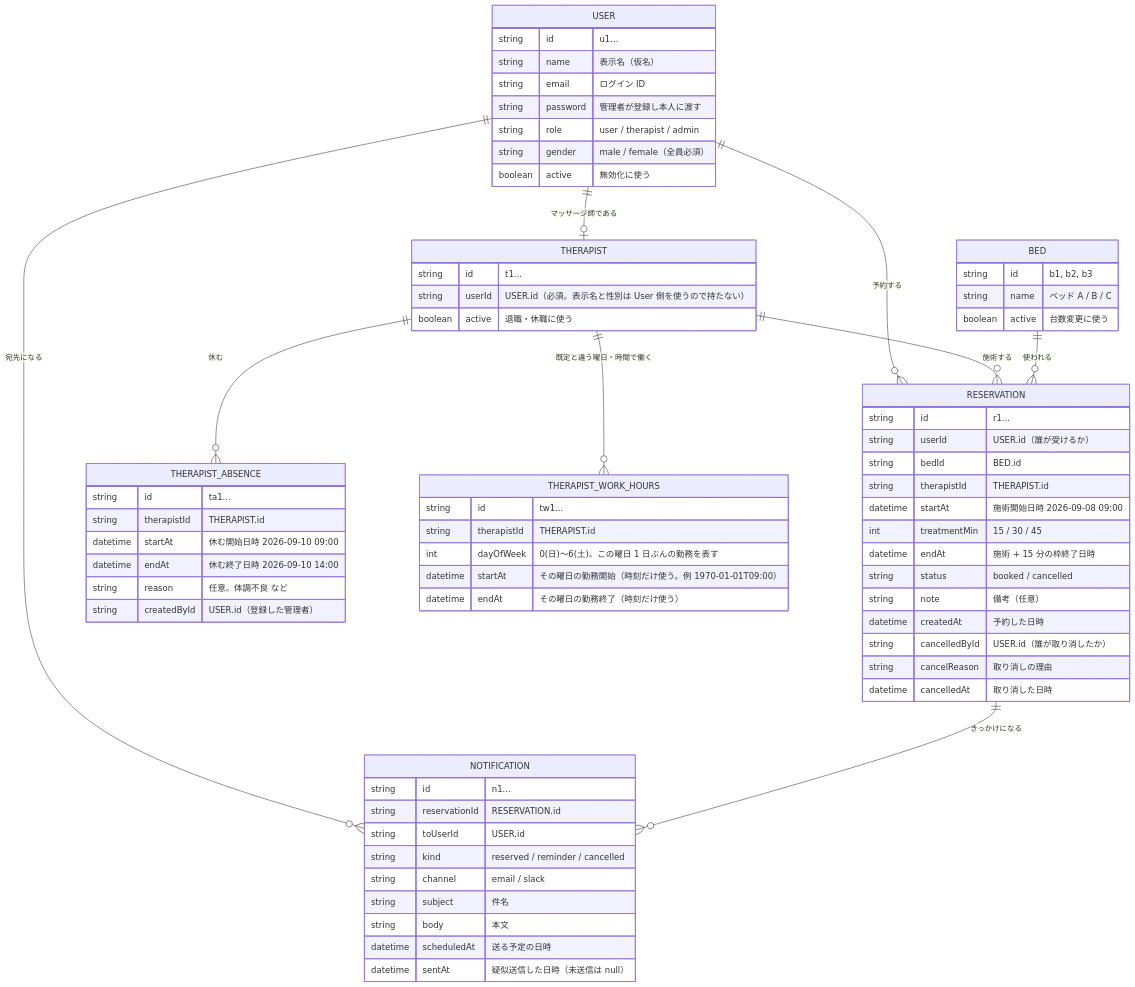
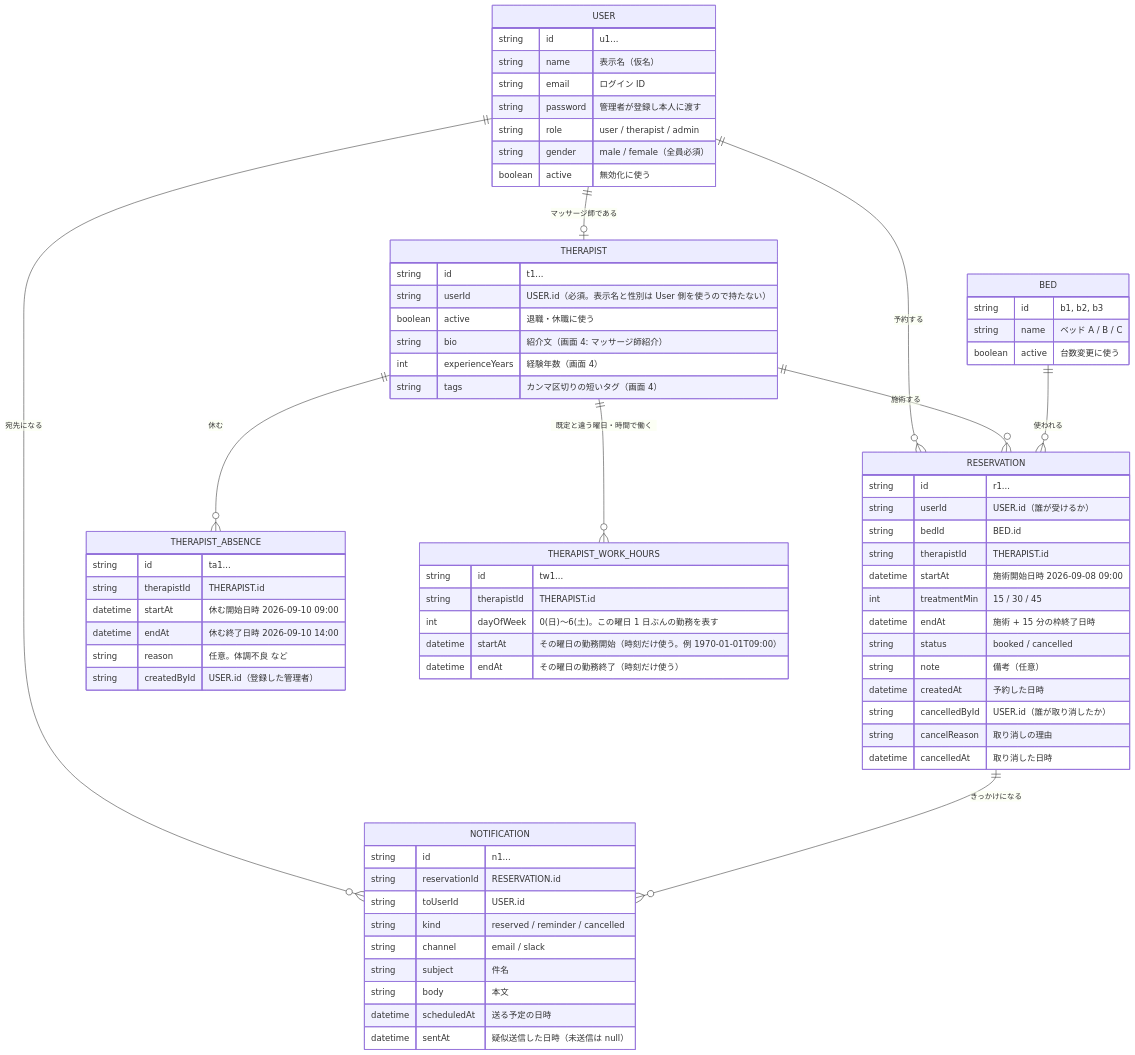
Before and after one commit to e225721B/RefreshHub: the diagram in docs/intern/diagrams/er-v2.mmd, drawn with Mermaid. The commit also changed 19 other files, not shown here.

```diff
--- a/docs/intern/diagrams/er-v2.mmd
+++ b/docs/intern/diagrams/er-v2.mmd
@@ -1,70 +1,73 @@
 erDiagram
   USER ||--o{ RESERVATION : "予約する"
   USER ||--o| THERAPIST : "マッサージ師である"
   USER ||--o{ NOTIFICATION : "宛先になる"
   THERAPIST ||--o{ THERAPIST_ABSENCE : "休む"
   THERAPIST ||--o{ THERAPIST_WORK_HOURS : "既定と違う曜日・時間で働く"
   THERAPIST ||--o{ RESERVATION : "施術する"
   BED ||--o{ RESERVATION : "使われる"
   RESERVATION ||--o{ NOTIFICATION : "きっかけになる"
 
   USER {
     string id "u1..."
     string name "表示名（仮名）"
     string email "ログイン ID"
     string password "管理者が登録し本人に渡す"
     string role "user / therapist / admin"
     string gender "male / female（全員必須）"
     boolean active "無効化に使う"
   }
   THERAPIST {
     string id "t1..."
     string userId "USER.id（必須。表示名と性別は User 側を使うので持たない）"
     boolean active "退職・休職に使う"
+    string bio "紹介文（画面 4: マッサージ師紹介）"
+    int experienceYears "経験年数（画面 4）"
+    string tags "カンマ区切りの短いタグ（画面 4）"
   }
   BED {
     string id "b1, b2, b3"
     string name "ベッド A / B / C"
     boolean active "台数変更に使う"
   }
   THERAPIST_ABSENCE {
     string id "ta1..."
     string therapistId "THERAPIST.id"
     datetime startAt "休む開始日時 2026-09-10 09:00"
     datetime endAt "休む終了日時 2026-09-10 14:00"
     string reason "任意。体調不良 など"
     string createdById "USER.id（登録した管理者）"
   }
   THERAPIST_WORK_HOURS {
     string id "tw1..."
     string therapistId "THERAPIST.id"
     int dayOfWeek "0(日)〜6(土)。この曜日 1 日ぶんの勤務を表す"
     datetime startAt "その曜日の勤務開始（時刻だけ使う。例 1970-01-01T09:00）"
     datetime endAt "その曜日の勤務終了（時刻だけ使う）"
   }
   RESERVATION {
     string id "r1..."
     string userId "USER.id（誰が受けるか）"
     string bedId "BED.id"
     string therapistId "THERAPIST.id"
     datetime startAt "施術開始日時 2026-09-08 09:00"
     int treatmentMin "15 / 30 / 45"
     datetime endAt "施術 + 15 分の枠終了日時"
     string status "booked / cancelled"
     string note "備考（任意）"
     datetime createdAt "予約した日時"
     string cancelledById "USER.id（誰が取り消したか）"
     string cancelReason "取り消しの理由"
     datetime cancelledAt "取り消した日時"
   }
   NOTIFICATION {
     string id "n1..."
     string reservationId "RESERVATION.id"
     string toUserId "USER.id"
     string kind "reserved / reminder / cancelled"
     string channel "email / slack"
     string subject "件名"
     string body "本文"
     datetime scheduledAt "送る予定の日時"
     datetime sentAt "疑似送信した日時（未送信は null）"
   }
```
